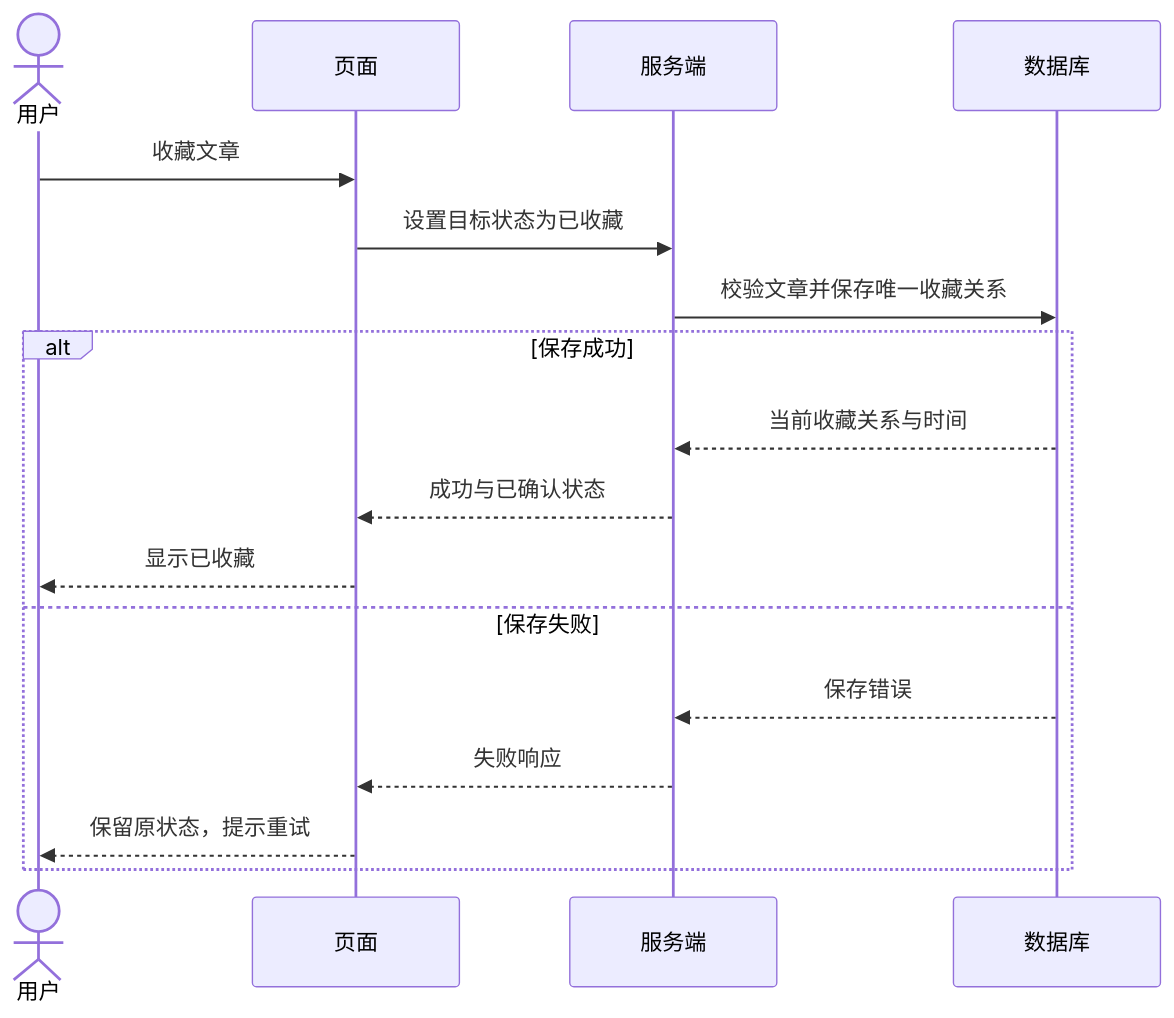
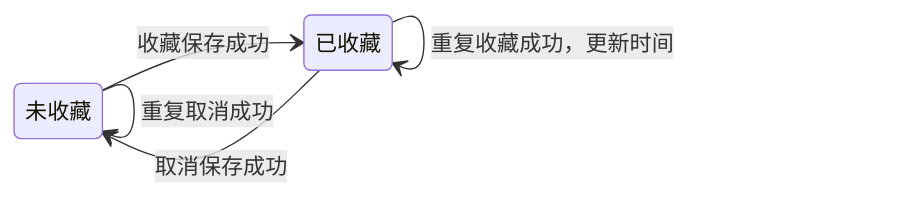
Before and after one commit to kangapp/ai-knowledge-base: the second of 2 diagrams in docs/analysis/ai-spec-guide/example.md, drawn with Mermaid. The commit also changed other lines of this file and 7 other files, not shown here.

````diff
--- a/docs/analysis/ai-spec-guide/example.md
+++ b/docs/analysis/ai-spec-guide/example.md
@@ -110,20 +177,11 @@
 ```mermaid
-%%{init: {"sequence": {"useMaxWidth": false}}}%%
-sequenceDiagram
-    actor U as 用户
-    participant P as 页面
-    participant S as 服务端
-    participant D as 数据库
-    U->>P: 收藏文章
-    P->>S: 设置目标状态为已收藏
-    S->>D: 校验文章并保存唯一收藏关系
-    alt 保存成功
-        D-->>S: 当前收藏关系与时间
-        S-->>P: 成功与已确认状态
-        P-->>U: 显示已收藏
-    else 保存失败
-        D-->>S: 保存错误
-        S-->>P: 失败响应
-        P-->>U: 保留原状态，提示重试
-    end
+%%{init: {"state": {"useMaxWidth": false}}}%%
+stateDiagram-v2
+    direction LR
+    state "未收藏" as U
+    state "已收藏" as S
+    U --> S: 收藏保存成功
+    S --> U: 取消保存成功
+    S --> S: 重复收藏成功，更新时间
+    U --> U: 重复取消成功
 ```
````
